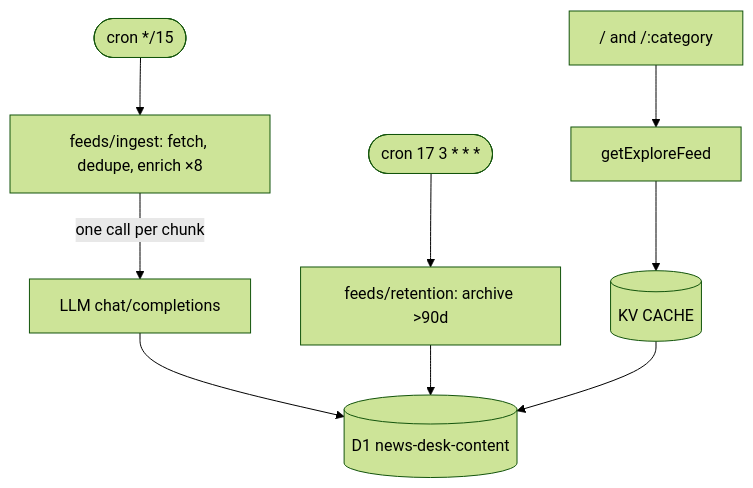
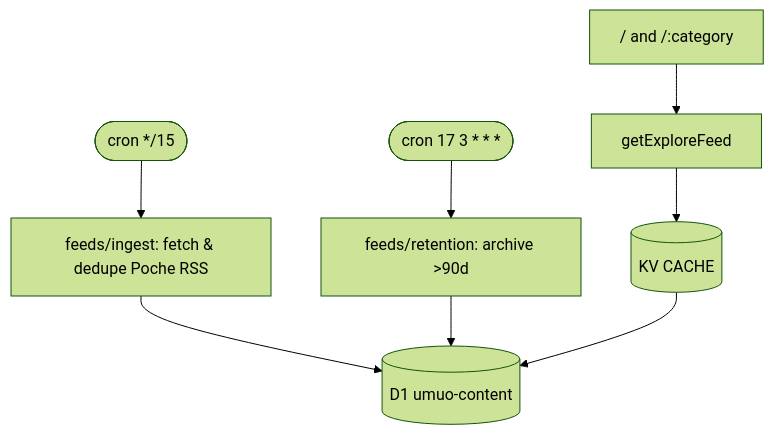
Before and after one commit to youming-ai/umuo: the diagram in README.md, drawn with Mermaid (forest theme). The commit also changed other lines of this file and 52 other files, not shown here.

First line of the commit message:
feat(feeds): pivot to Poche Explore RSS direct ingest (#124)

````diff
--- a/README.md
+++ b/README.md
@@ -71,9 +67,8 @@
 ```mermaid
 graph TD
-  Cron@{ shape: stadium, label: "cron */15" } --> Ingest[feeds/ingest: fetch, dedupe, enrich ×8]
-  Ingest -->|one call per chunk| LLM[LLM chat/completions]
-  LLM --> D1[(D1 news-desk-content)]
+  Cron@{ shape: stadium, label: "cron */15" } --> Ingest[feeds/ingest: fetch & dedupe Poche RSS]
+  Ingest --> D1[(D1 umuo-content)]
   Sweep@{ shape: stadium, label: "cron 17 3 * * *" } --> Retention[feeds/retention: archive >90d]
   Retention --> D1
   Home["/ and /:category"] --> Explore[getExploreFeed] --> KV1[(KV CACHE)] --> D1
 ```
````
